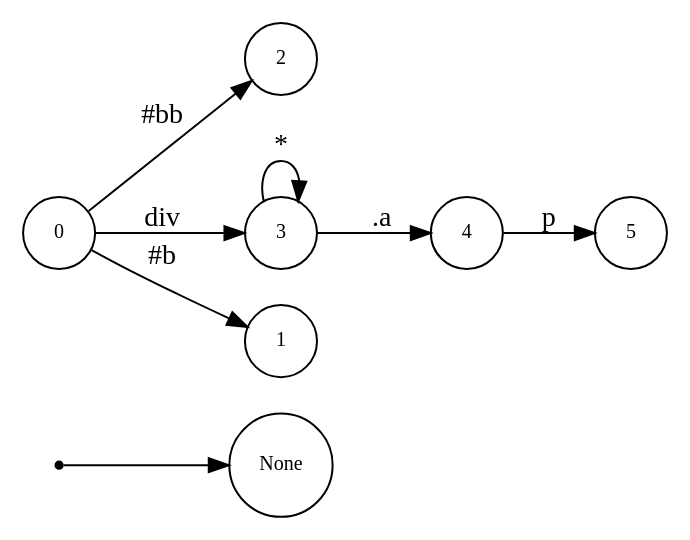
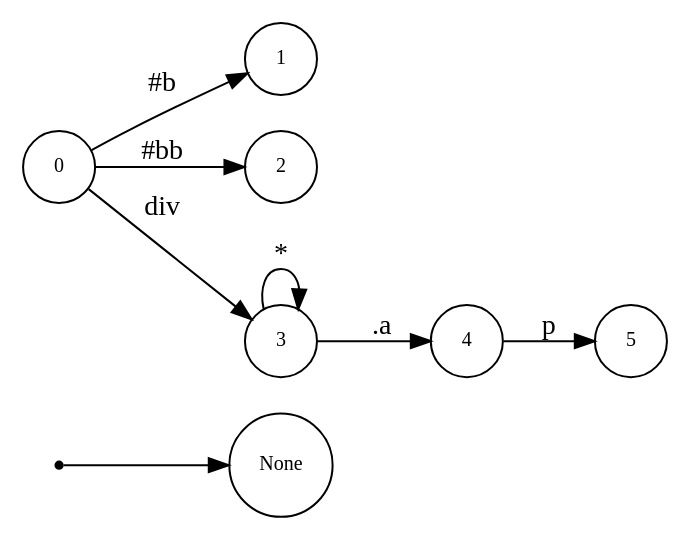
Before and after one commit to asukaminato0721/css-bitvector-compiler: the diagram in css-gen-op/testcase/dot.dot, drawn with Graphviz. The commit also changed other lines of this file and 22 other files, not shown here.

```diff
--- a/css-gen-op/testcase/dot.dot
+++ b/css-gen-op/testcase/dot.dot
@@ -1,19 +1,19 @@
 digraph NFA {
   rankdir=LR;
   node [shape=circle, fontsize=10];
   __start [shape=point, label=""];
   __start -> None;
   5 [label="5"];
+  1 [label="1"];
+  0 [label="0"];
   2 [label="2"];
   3 [label="3"];
-  1 [label="1"];
-  0 [label="0"];
   4 [label="4"];
   { node [shape=doublecircle]; 1 2 5 }
   0 -> 1 [label="#b"];
   0 -> 2 [label="#bb"];
   0 -> 3 [label="div"];
   3 -> 3 [label="*"];
   3 -> 4 [label=".a"];
   4 -> 5 [label="p"];
 }
```
